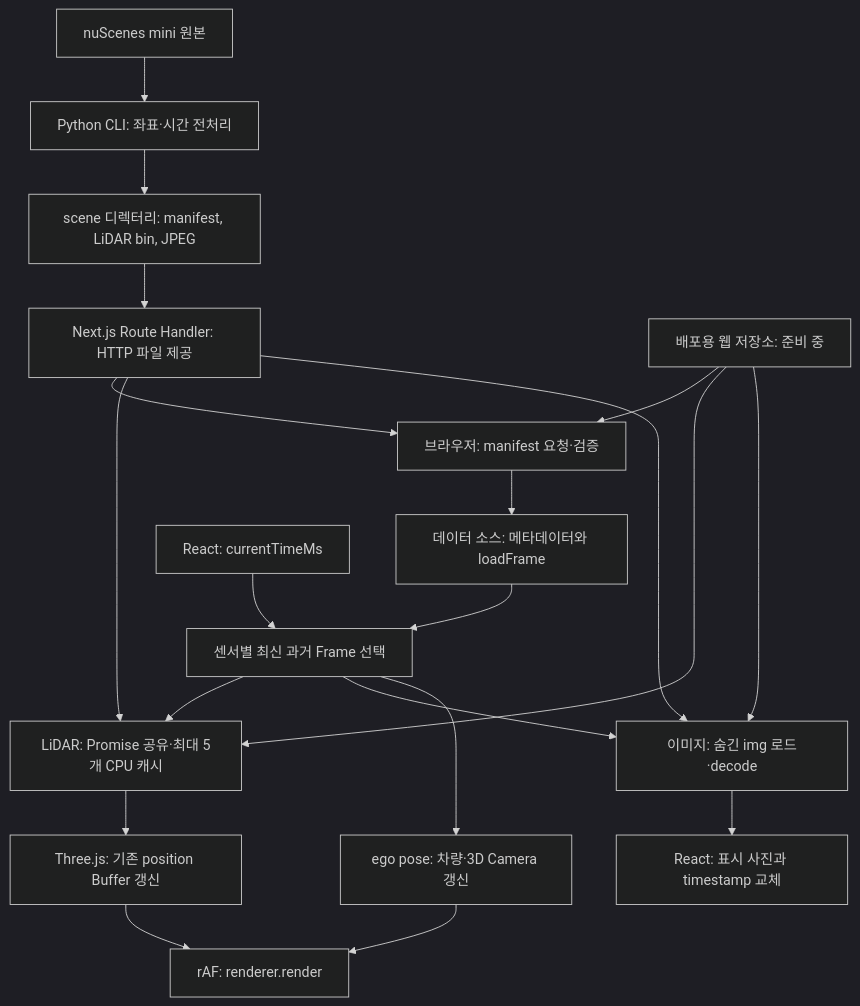
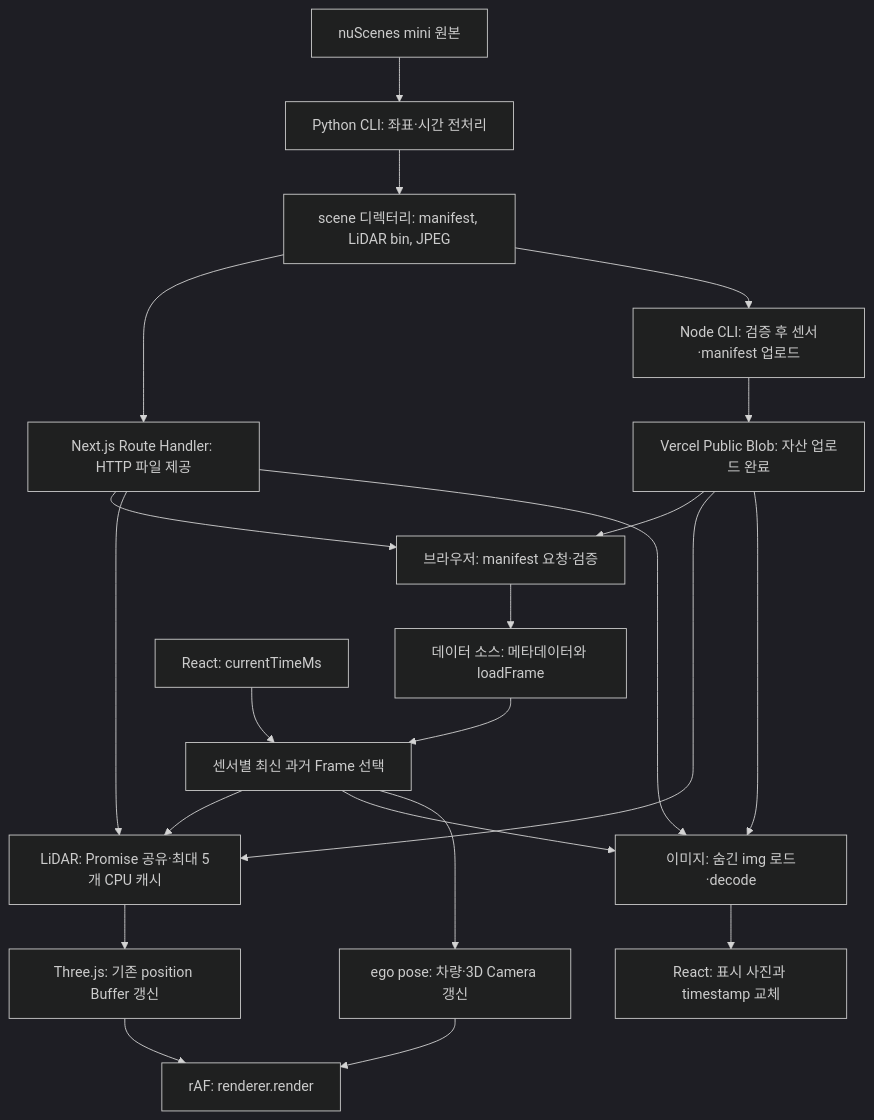
Before and after one commit to DoubleChamp/drivescope-visualizer: the first of 2 diagrams in docs/ARCHITECTURE.md, drawn with Mermaid (dark theme). The commit also changed other lines of this file and 8 other files, not shown here.

Commit message:
feat: 실제 센서 데이터 Blob 업로드 도구 추가

````diff
--- a/docs/ARCHITECTURE.md
+++ b/docs/ARCHITECTURE.md
@@ -21,22 +21,24 @@
 ```mermaid
 flowchart TD
     Raw["nuScenes mini 원본"] --> Convert["Python CLI: 좌표·시간 전처리"]
     Convert --> Files["scene 디렉터리: manifest, LiDAR bin, JPEG"]
     Files --> Route["Next.js Route Handler: HTTP 파일 제공"]
     Route --> Manifest["브라우저: manifest 요청·검증"]
     Manifest --> Source["데이터 소스: 메타데이터와 loadFrame"]
     Clock["React: currentTimeMs"] --> Select["센서별 최신 과거 Frame 선택"]
     Source --> Select
     Select --> Lidar["LiDAR: Promise 공유·최대 5개 CPU 캐시"]
     Route --> Lidar
     Lidar --> Buffer["Three.js: 기존 position Buffer 갱신"]
     Select --> Image["이미지: 숨긴 img 로드·decode"]
     Route --> Image
     Image --> Panel["React: 표시 사진과 timestamp 교체"]
     Select --> Pose["ego pose: 차량·3D Camera 갱신"]
     Buffer --> Render["rAF: renderer.render"]
     Pose --> Render
-    Storage["배포용 웹 저장소: 준비 중"] --> Manifest
+    Files --> Upload["Node CLI: 검증 후 센서·manifest 업로드"]
+    Upload --> Storage["Vercel Public Blob: 자산 업로드 완료"]
+    Storage --> Manifest
     Storage --> Lidar
     Storage --> Image
 ```
````
